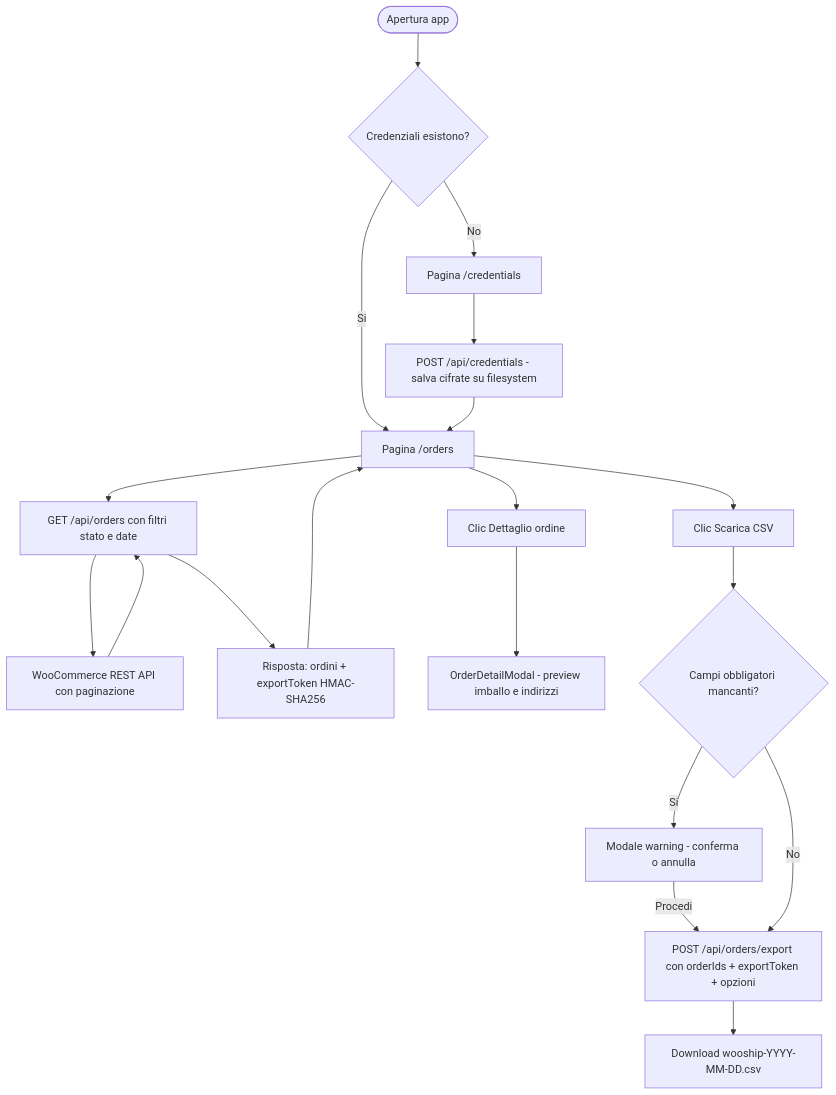
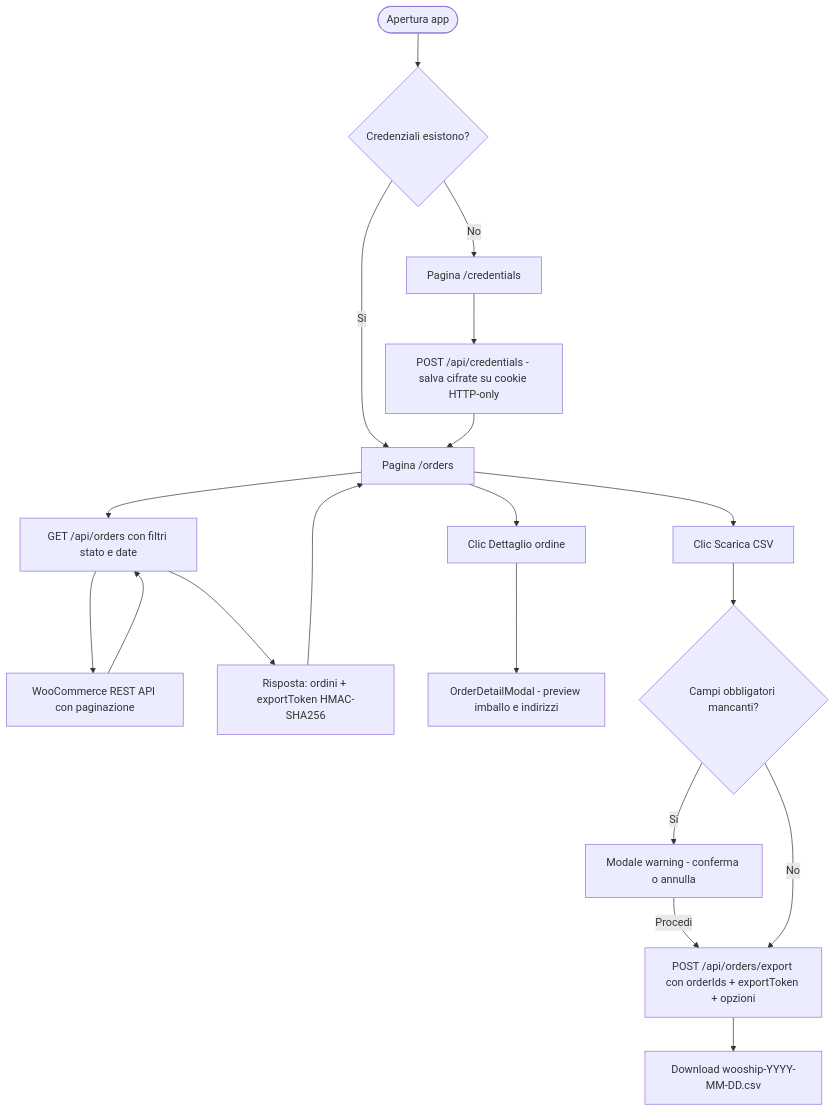
Before and after one commit to biasuzzi-davide/WooShip: the diagram in README.md, drawn with Mermaid. The commit also changed other lines of this file and 21 other files, not shown here.

First line of the commit message:
Hardening completo API, sicurezza e accessibilità con storage cookie-first

````diff
--- a/README.md
+++ b/README.md
@@ -44,24 +44,24 @@
 ```mermaid
 flowchart TD
     Start([Apertura app]) --> HomeCheck{Credenziali esistono?}
     HomeCheck -- No --> CredPage[Pagina /credentials]
-    CredPage --> SaveCreds[POST /api/credentials - salva cifrate su filesystem]
+    CredPage --> SaveCreds[POST /api/credentials - salva cifrate su cookie HTTP-only]
     HomeCheck -- Si --> OrdersPage[Pagina /orders]
     SaveCreds --> OrdersPage
 
     OrdersPage --> FetchOrders[GET /api/orders con filtri stato e date]
     FetchOrders --> WooAPI[WooCommerce REST API con paginazione]
     WooAPI --> FetchOrders
     FetchOrders --> Token[Risposta: ordini + exportToken HMAC-SHA256]
     Token --> OrdersPage
 
     OrdersPage --> DetailBtn[Clic Dettaglio ordine]
     DetailBtn --> Modal[OrderDetailModal - preview imballo e indirizzi]
 
     OrdersPage --> DownloadBtn[Clic Scarica CSV]
     DownloadBtn --> WarnCheck{Campi obbligatori mancanti?}
     WarnCheck -- Si --> WarnModal[Modale warning - conferma o annulla]
     WarnModal -- Procedi --> Export
     WarnCheck -- No --> Export[POST /api/orders/export con orderIds + exportToken + opzioni]
     Export --> CSV[Download wooship-YYYY-MM-DD.csv]
 ```
````
